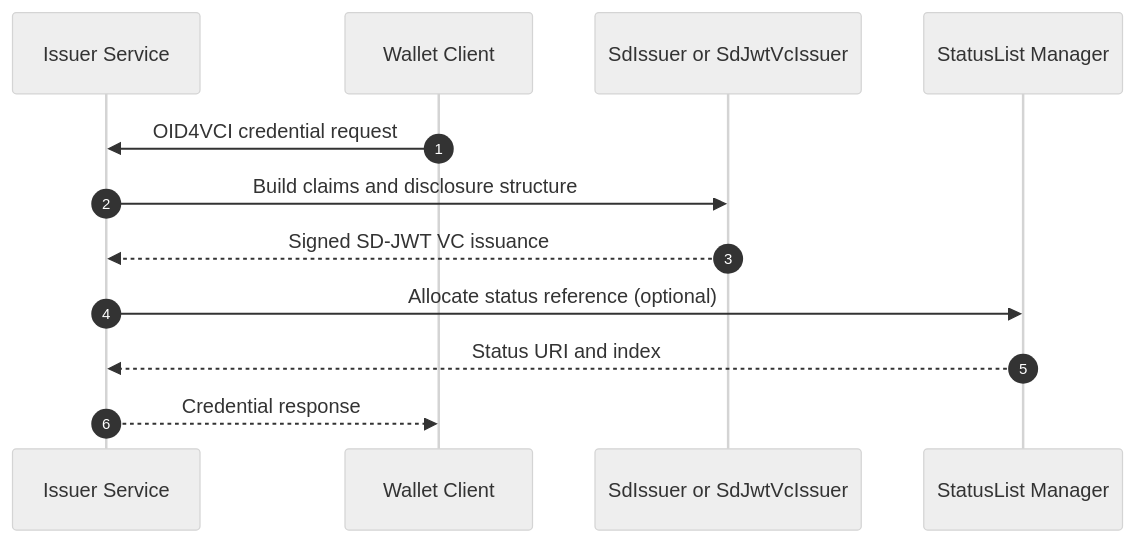
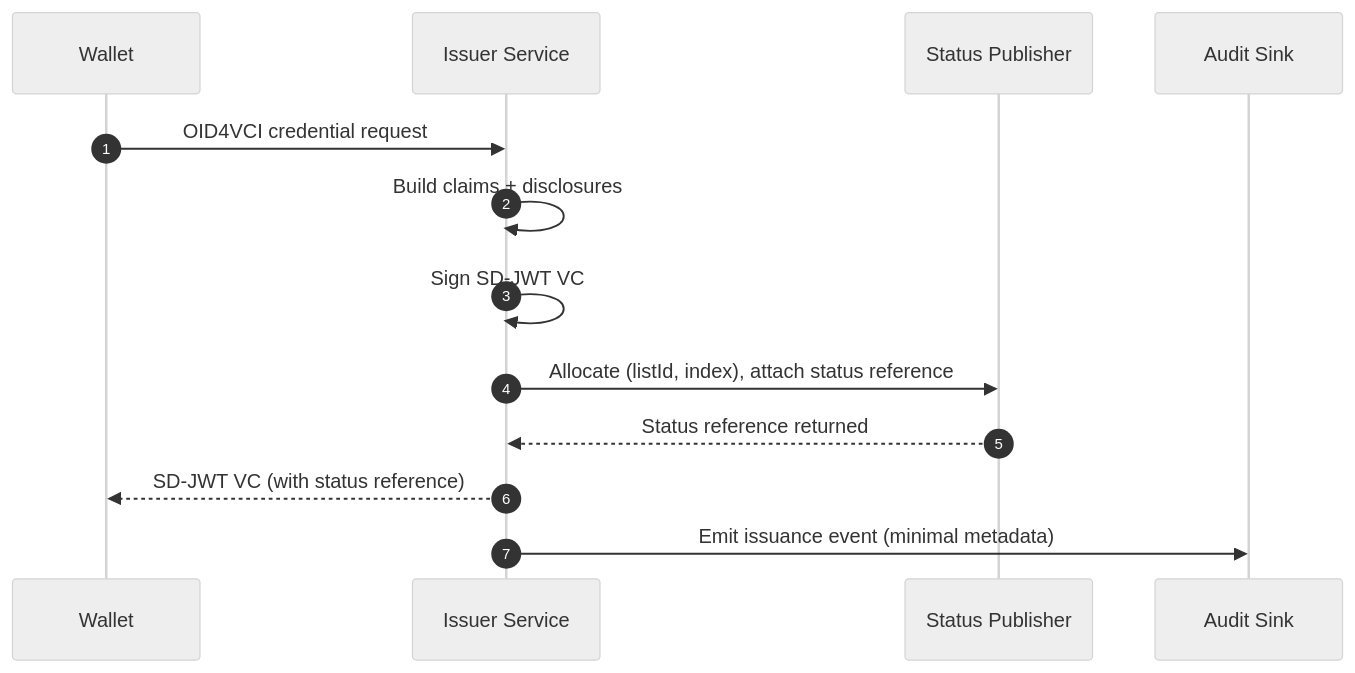
Before and after one commit to openwallet-foundation-labs/sd-jwt-dotnet: the second of 7 diagrams in docs/concepts/architecture.md, drawn with Mermaid (neutral theme). The commit also changed other lines of this file and 28 other files, not shown here.

````diff
--- a/docs/concepts/architecture.md
+++ b/docs/concepts/architecture.md
@@ -155,15 +416,16 @@
 ```mermaid
 sequenceDiagram
   autonumber
+  participant Wallet as Wallet
   participant Issuer as Issuer Service
-  participant Wallet as Wallet Client
-  participant Core as SdIssuer or SdJwtVcIssuer
-  participant Status as StatusList Manager
+  participant Status as Status Publisher
+  participant Audit as Audit Sink
 
   Wallet->>Issuer: OID4VCI credential request
-  Issuer->>Core: Build claims and disclosure structure
-  Core-->>Issuer: Signed SD-JWT VC issuance
-  Issuer->>Status: Allocate status reference (optional)
-  Status-->>Issuer: Status URI and index
-  Issuer-->>Wallet: Credential response
+  Issuer->>Issuer: Build claims + disclosures
+  Issuer->>Issuer: Sign SD-JWT VC
+  Issuer->>Status: Allocate (listId, index), attach status reference
+  Status-->>Issuer: Status reference returned
+  Issuer-->>Wallet: SD-JWT VC (with status reference)
+  Issuer->>Audit: Emit issuance event (minimal metadata)
 ```
````
